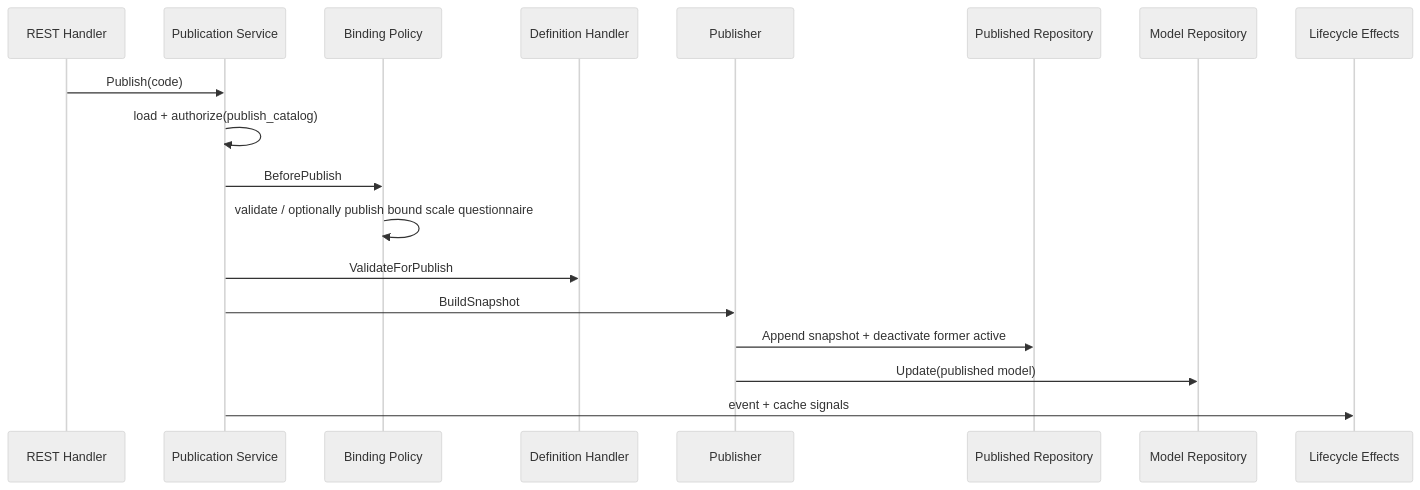
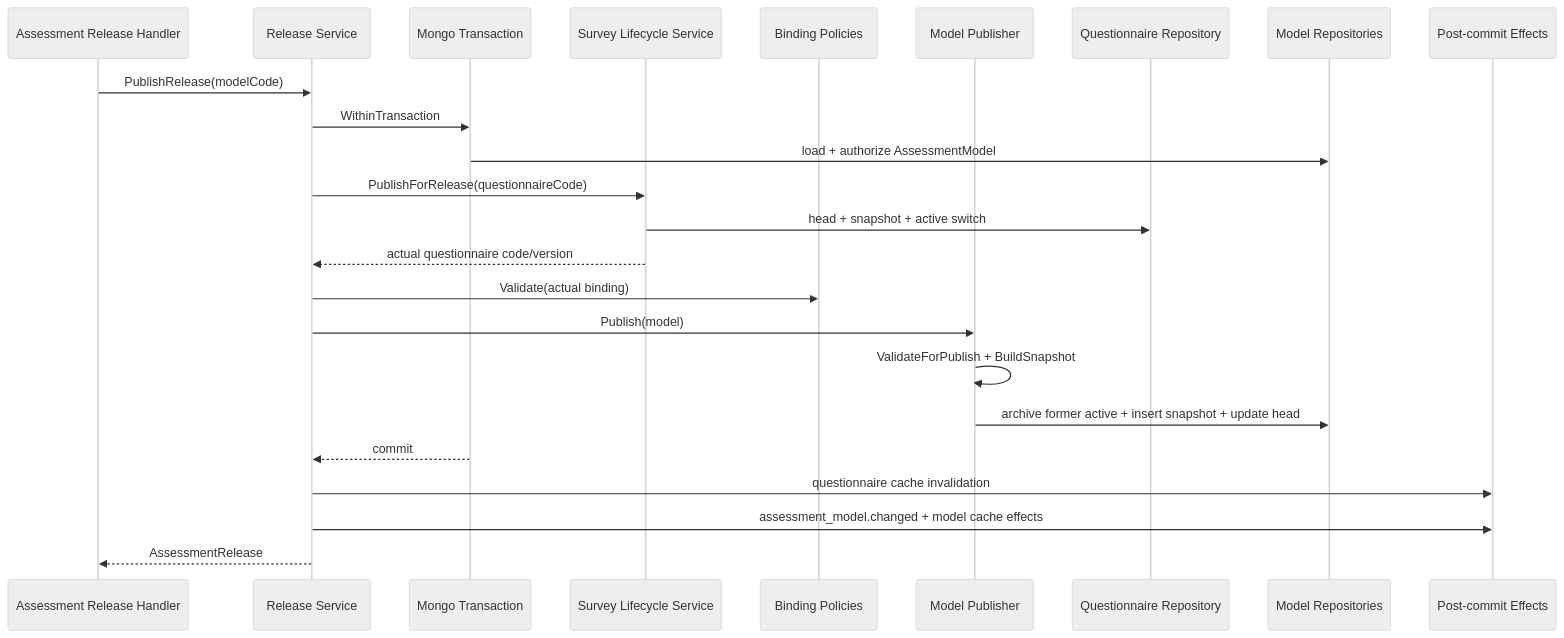
One commit to FangcunMount/qs-server changed the third of 3 diagrams in docs/02-业务模块/20-model-catalog/30-关键链路-模型创建编辑与发布.md. Above: the diagram before and after it, drawn with Mermaid (neutral theme). The commit also changed other lines of this file and 14 other files, not shown here.

````diff
--- a/docs/02-业务模块/20-model-catalog/30-关键链路-模型创建编辑与发布.md
+++ b/docs/02-业务模块/20-model-catalog/30-关键链路-模型创建编辑与发布.md
@@ -126,21 +173,27 @@
 ```mermaid
 sequenceDiagram
-    participant H as REST Handler
-    participant S as Publication Service
-    participant B as Binding Policy
-    participant G as Definition Handler
-    participant P as Publisher
-    participant PR as Published Repository
-    participant MR as Model Repository
-    participant E as Lifecycle Effects
+    participant H as Assessment Release Handler
+    participant R as Release Service
+    participant T as Mongo Transaction
+    participant Q as Survey Lifecycle Service
+    participant B as Binding Policies
+    participant P as Model Publisher
+    participant QR as Questionnaire Repository
+    participant MR as Model Repositories
+    participant E as Post-commit Effects
 
-    H->>S: Publish(code)
-    S->>S: load + authorize(publish_catalog)
-    S->>B: BeforePublish
-    B->>B: validate / optionally publish bound scale questionnaire
-    S->>G: ValidateForPublish
-    S->>P: BuildSnapshot
-    P->>PR: Append snapshot + deactivate former active
-    P->>MR: Update(published model)
-    S->>E: event + cache signals
+    H->>R: PublishRelease(modelCode)
+    R->>T: WithinTransaction
+    T->>MR: load + authorize AssessmentModel
+    R->>Q: PublishForRelease(questionnaireCode)
+    Q->>QR: head + snapshot + active switch
+    Q-->>R: actual questionnaire code/version
+    R->>B: Validate(actual binding)
+    R->>P: Publish(model)
+    P->>P: ValidateForPublish + BuildSnapshot
+    P->>MR: archive former active + insert snapshot + update head
+    T-->>R: commit
+    R->>E: questionnaire cache invalidation
+    R->>E: assessment_model.changed + model cache effects
+    R-->>H: AssessmentRelease
 ```
````
